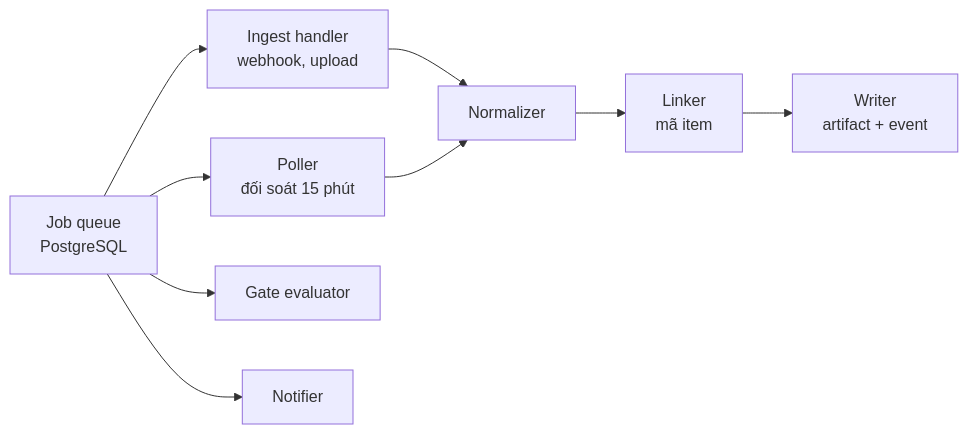
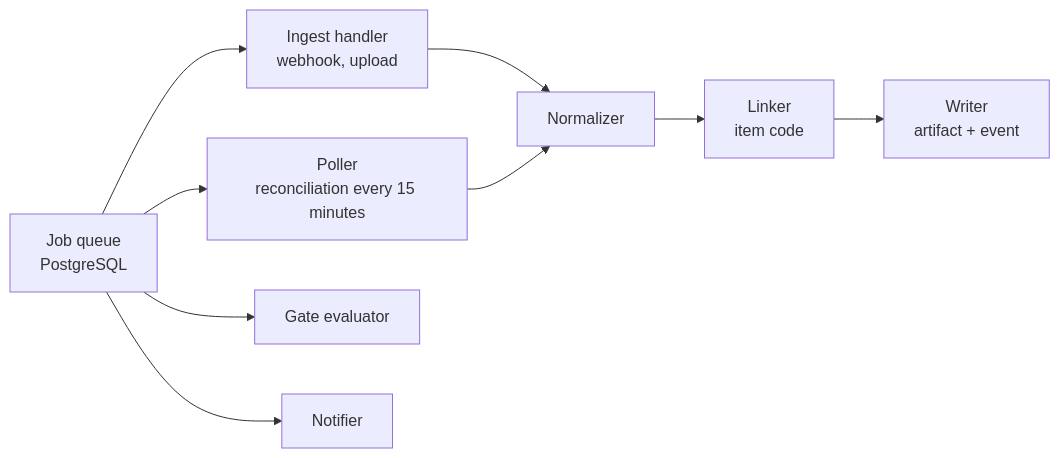
One commit to tungld9999blacksmith/Strata changed diagram 13 of 21 in README.md. Above: the diagram before and after it, drawn with Mermaid. The commit also changed other lines of this file and 13 other files, not shown here.

````diff
--- a/README.md
+++ b/README.md
@@ -817,11 +817,11 @@
 ```mermaid
 flowchart LR
     Q["Job queue<br/>PostgreSQL"] --> ING["Ingest handler<br/>webhook, upload"]
-    Q --> POL["Poller<br/>đối soát 15 phút"]
+    Q --> POL["Poller<br/>reconciliation every 15 minutes"]
     Q --> GEV["Gate evaluator"]
     Q --> NOT["Notifier"]
     ING --> NRM["Normalizer"]
     POL --> NRM
-    NRM --> LNK["Linker<br/>mã item"]
+    NRM --> LNK["Linker<br/>item code"]
     LNK --> WR["Writer<br/>artifact + event"]
 ```
````
